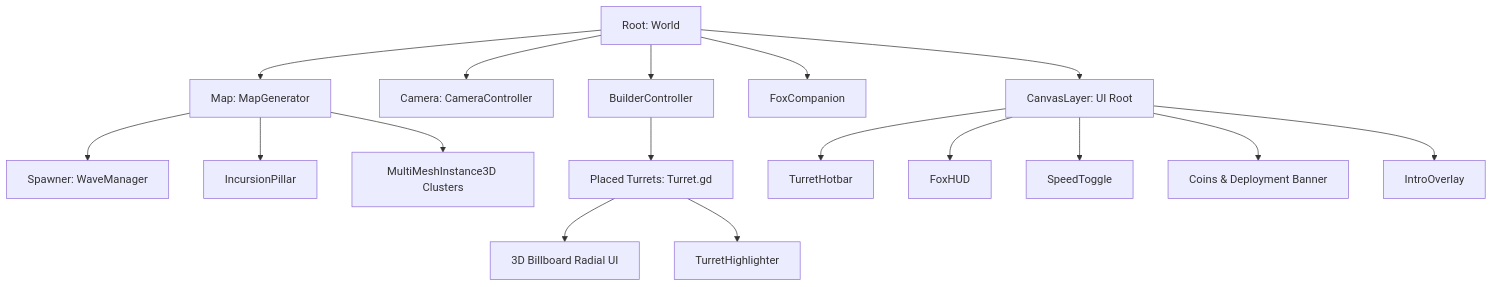
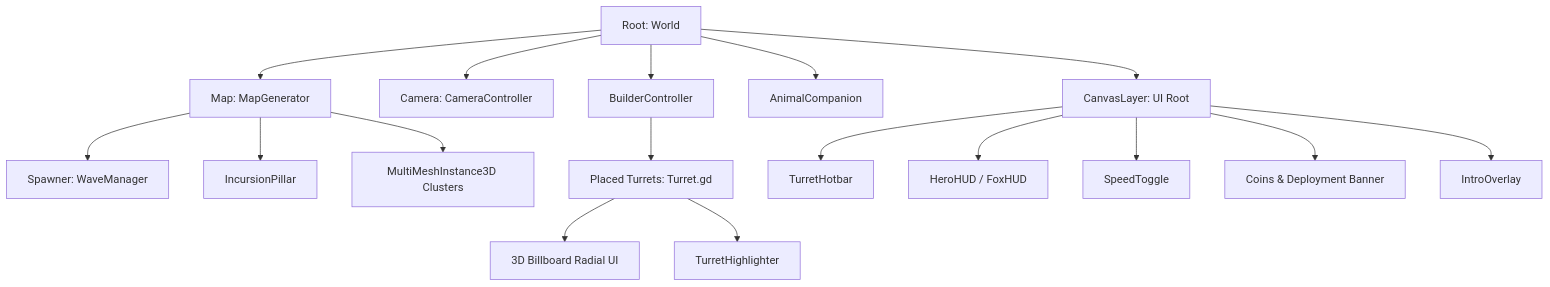
One commit to arlandoapraharjo/chaosmal-defense-td changed the fourth of 5 diagrams in docs/executive_summary.md. Above: the diagram before and after it, drawn with Mermaid. The commit also changed other lines of this file, not shown here.

````diff
--- a/docs/executive_summary.md
+++ b/docs/executive_summary.md
@@ -242,22 +242,22 @@
 ```mermaid
 graph TD
-    World[Root: World] --> Map[Map: MapGenerator]
-    World --> Cam[Camera: CameraController]
-    World --> Builder[BuilderController]
-    World --> Fox[FoxCompanion]
-    World --> UI[CanvasLayer: UI Root]
+    World["Root: World"] --> Map["Map: MapGenerator"]
+    World --> Cam["Camera: CameraController"]
+    World --> Builder["BuilderController"]
+    World --> Animal["AnimalCompanion"]
+    World --> UI["CanvasLayer: UI Root"]
     
-    Map --> Spawner[Spawner: WaveManager]
-    Map --> Pillar[IncursionPillar]
-    Map --> MultiMeshes[MultiMeshInstance3D Clusters]
+    Map --> Spawner["Spawner: WaveManager"]
+    Map --> Pillar["IncursionPillar"]
+    Map --> MultiMeshes["MultiMeshInstance3D Clusters"]
     
-    Builder --> Turrets[Placed Turrets: Turret.gd]
-    Turrets --> TurretUI[3D Billboard Radial UI]
-    Turrets --> Highlighter[TurretHighlighter]
+    Builder --> Turrets["Placed Turrets: Turret.gd"]
+    Turrets --> TurretUI["3D Billboard Radial UI"]
+    Turrets --> Highlighter["TurretHighlighter"]
     
-    UI --> Hotbar[TurretHotbar]
-    UI --> FoxHUD[FoxHUD]
-    UI --> SpeedToggle[SpeedToggle]
-    UI --> CoinsTurret[Coins & Deployment Banner]
-    UI --> Intro[IntroOverlay]
+    UI --> Hotbar["TurretHotbar"]
+    UI --> HeroHUD["HeroHUD / FoxHUD"]
+    UI --> SpeedToggle["SpeedToggle"]
+    UI --> CoinsTurret["Coins & Deployment Banner"]
+    UI --> Intro["IntroOverlay"]
 ```
````
